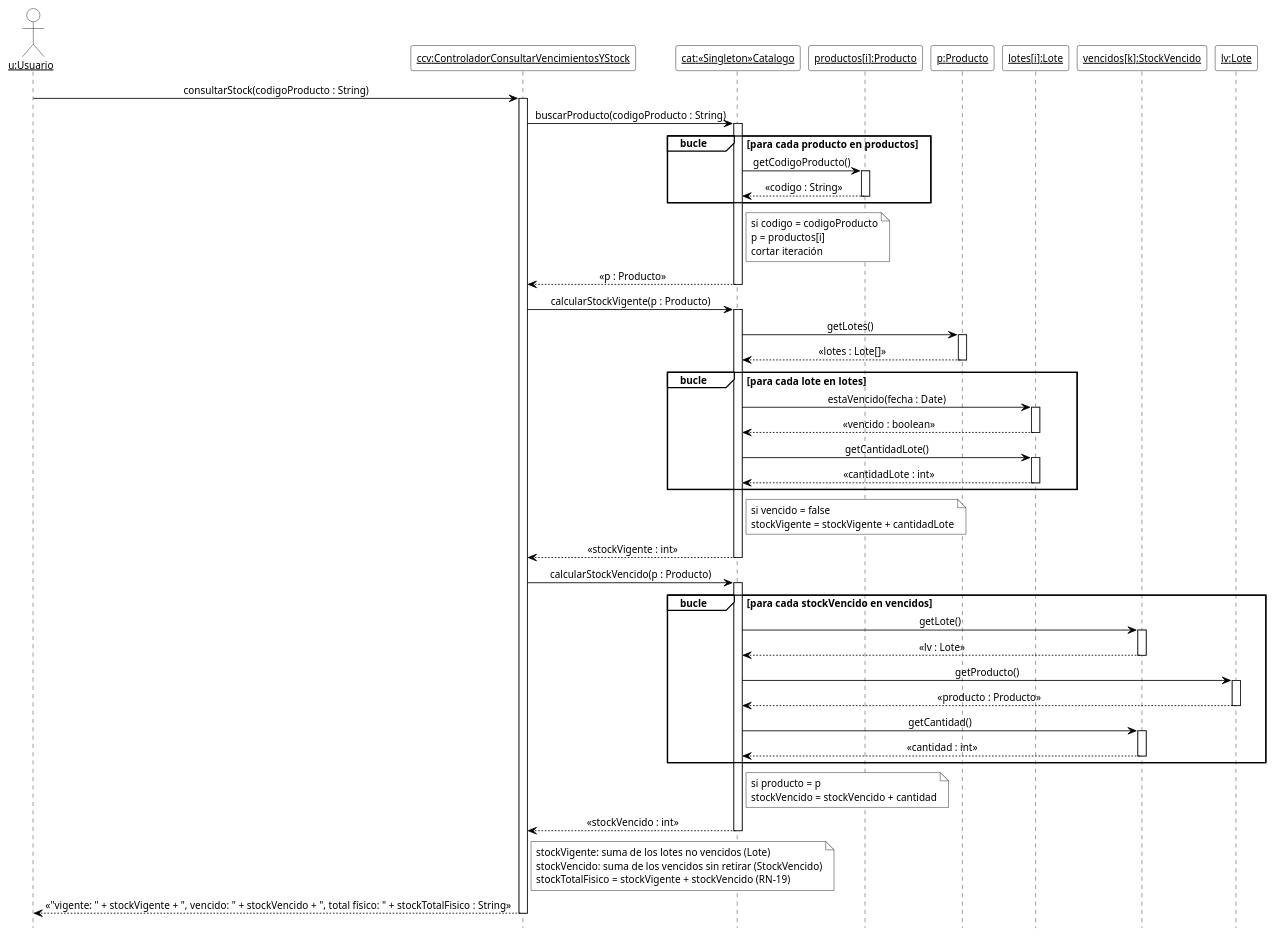
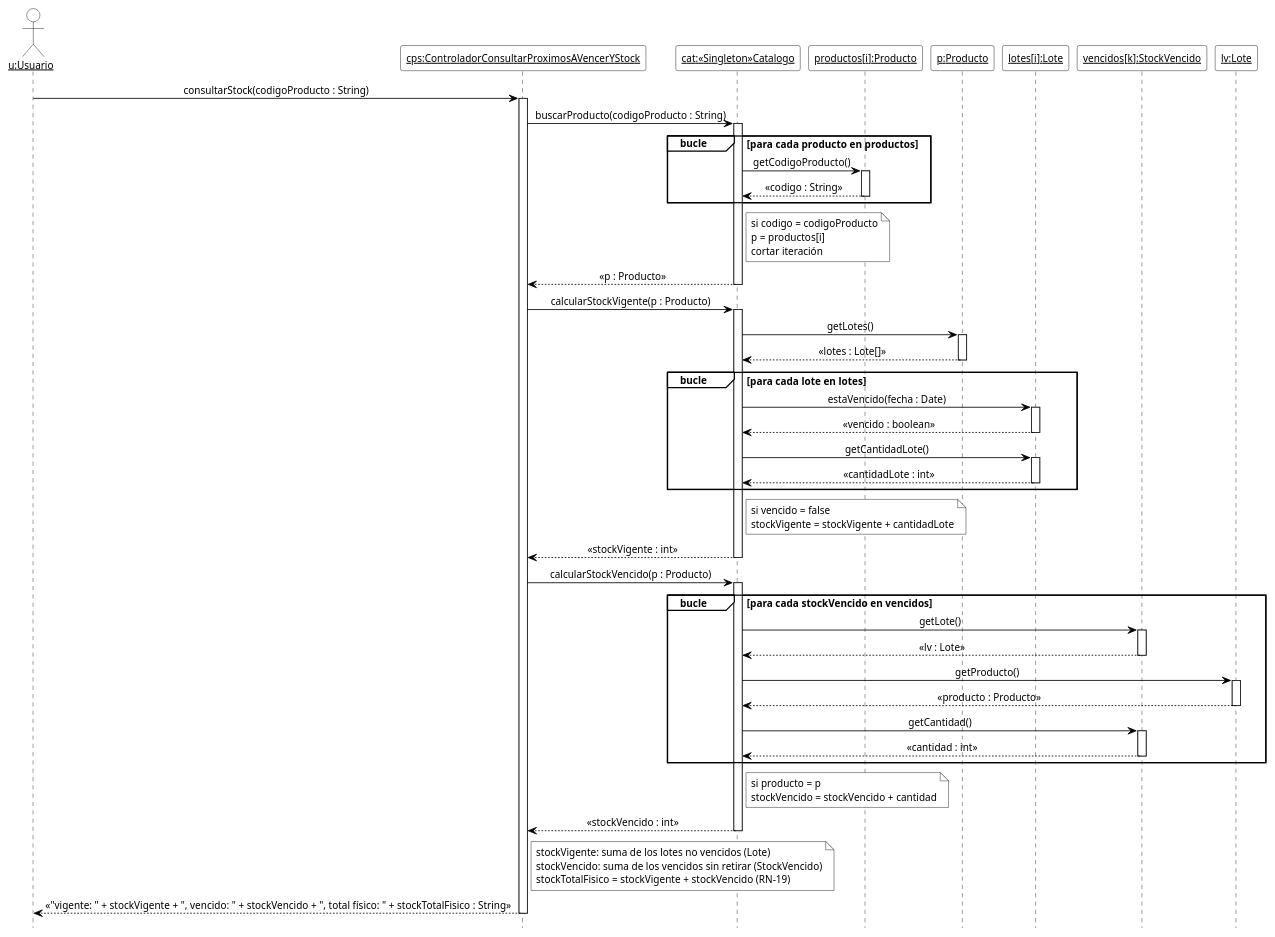
Before and after one commit to cirotop/Stock-Project: the diagram in 08-Diagrama De Secuencia/DSD_CU-09_consultarStock.puml, drawn with PlantUML. The commit also changed 7 other files, not shown here.

```diff
--- a/08-Diagrama De Secuencia/DSD_CU-09_consultarStock.puml
+++ b/08-Diagrama De Secuencia/DSD_CU-09_consultarStock.puml
@@ -1,80 +1,80 @@
 @startuml DSD_CU-09_consultarStock
 ' Diagrama de Secuencia de Diseño (DSD) - CU-09 Consultar próximos a vencer y stock - consultarStock
 ' Estilo de los ejemplos de la teoría (introducirArticulo / crearNuevaVenta).
 hide footbox
 skinparam shadowing false
 skinparam defaultFontName Arial
 skinparam defaultFontSize 12
 skinparam sequenceMessageAlign center
 skinparam ArrowColor black
 skinparam ParticipantBackgroundColor white
 skinparam ParticipantBorderColor black
 skinparam CollectionsBackgroundColor white
 skinparam CollectionsBorderColor black
 skinparam ActorBackgroundColor white
 skinparam ActorBorderColor black
 skinparam LifeLineBorderColor black
 skinparam LifeLineBackgroundColor white
 skinparam SequenceGroupBackgroundColor white
 skinparam SequenceGroupBorderColor black
 skinparam SequenceGroupHeaderFontColor black
 skinparam NoteBackgroundColor white
 skinparam NoteBorderColor black
 
 actor "<u>u:Usuario</u>" as u
-participant "<u>ccv:ControladorConsultarVencimientosYStock</u>" as cpv
+participant "<u>cps:ControladorConsultarProximosAVencerYStock</u>" as cpv
 participant "<u>cat:«Singleton»Catalogo</u>" as cat
 participant "<u>productos[i]:Producto</u>" as pi
 participant "<u>p:Producto</u>" as p
 participant "<u>lotes[i]:Lote</u>" as li
 participant "<u>vencidos[k]:StockVencido</u>" as vi
 participant "<u>lv:Lote</u>" as lv
 
 u -> cpv ++ : consultarStock(codigoProducto : String)
 cpv -> cat ++ : buscarProducto(codigoProducto : String)
 group bucle [para cada producto en productos]
   cat -> pi ++ : getCodigoProducto()
   pi --> cat -- : «codigo : String»
 end
 note right of cat
   si codigo = codigoProducto
   p = productos[i]
   cortar iteración
 end note
 cat --> cpv -- : «p : Producto»
 cpv -> cat ++ : calcularStockVigente(p : Producto)
 cat -> p ++ : getLotes()
 p --> cat -- : «lotes : Lote[]»
 group bucle [para cada lote en lotes]
   cat -> li ++ : estaVencido(fecha : Date)
   li --> cat -- : «vencido : boolean»
   cat -> li ++ : getCantidadLote()
   li --> cat -- : «cantidadLote : int»
 end
 note right of cat
   si vencido = false
   stockVigente = stockVigente + cantidadLote
 end note
 cat --> cpv -- : «stockVigente : int»
 cpv -> cat ++ : calcularStockVencido(p : Producto)
 group bucle [para cada stockVencido en vencidos]
   cat -> vi ++ : getLote()
   vi --> cat -- : «lv : Lote»
   cat -> lv ++ : getProducto()
   lv --> cat -- : «producto : Producto»
   cat -> vi ++ : getCantidad()
   vi --> cat -- : «cantidad : int»
 end
 note right of cat
   si producto = p
   stockVencido = stockVencido + cantidad
 end note
 cat --> cpv -- : «stockVencido : int»
 note right of cpv
   stockVigente: suma de los lotes no vencidos (Lote)
   stockVencido: suma de los vencidos sin retirar (StockVencido)
   stockTotalFisico = stockVigente + stockVencido (RN-19)
 end note
 cpv --> u -- : «"vigente: " + stockVigente + ", vencido: " + stockVencido + ", total físico: " + stockTotalFisico : String»
 
 @enduml
```
